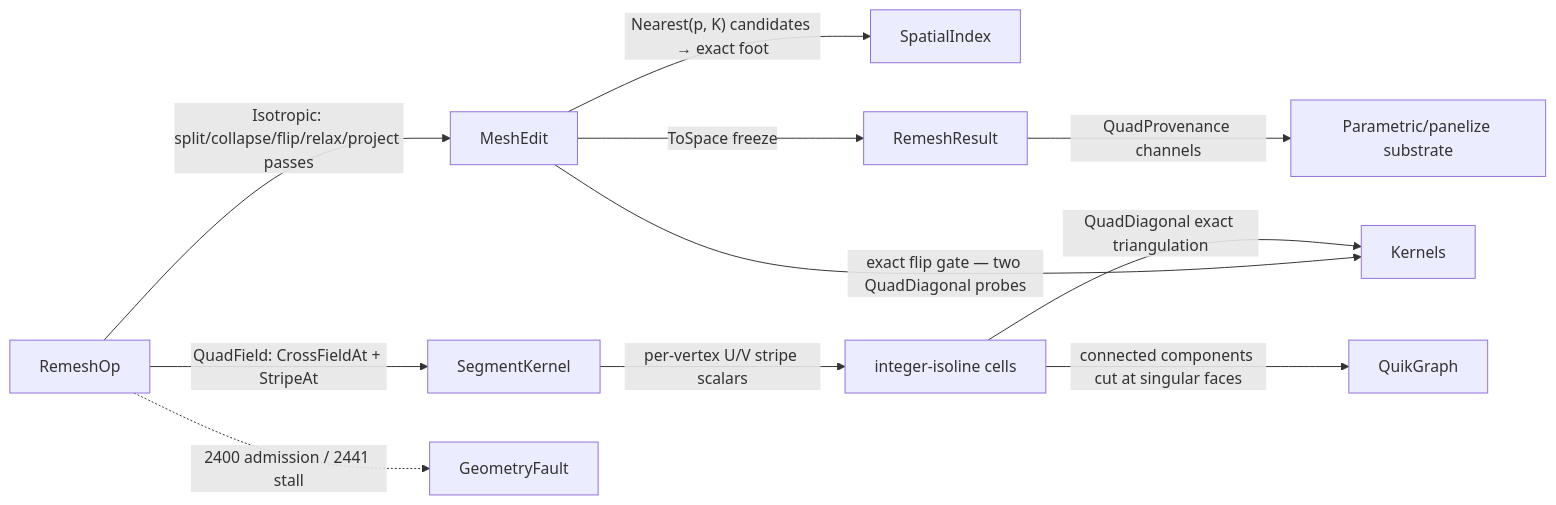
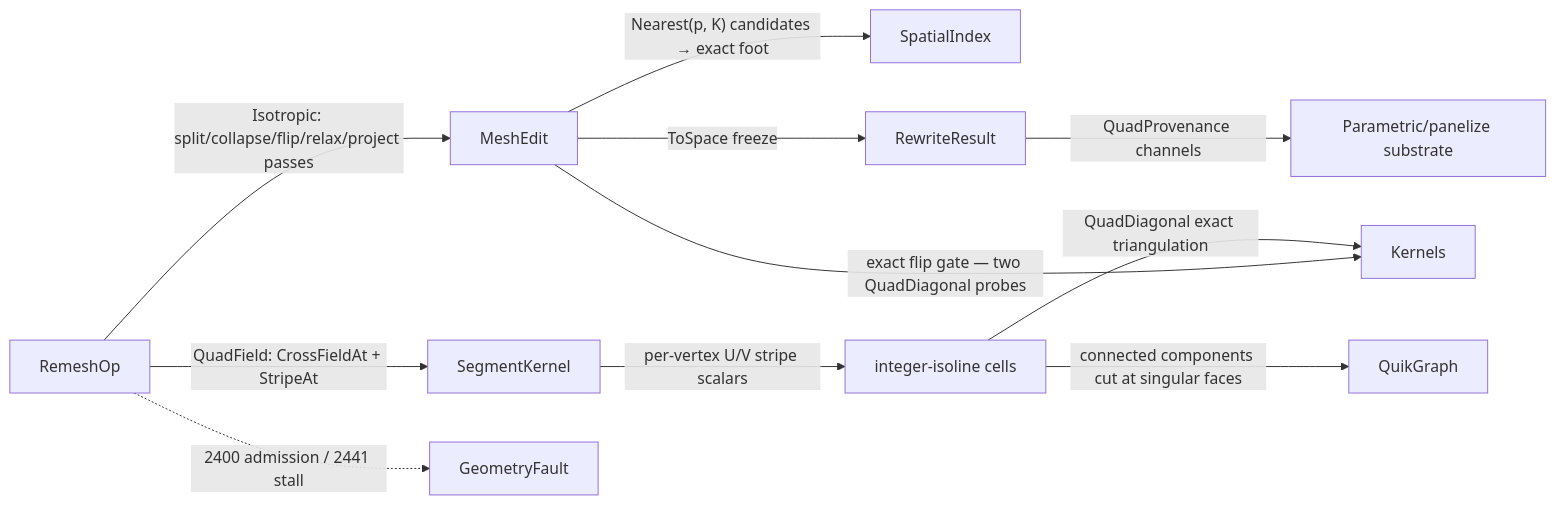
One commit to bsamiee/Rasm changed the diagram in libs/csharp/Rasm/.planning/Processing/remesh.md. Above: the diagram before and after it, drawn with Mermaid. The commit also changed other lines of this file and 85 other files, not shown here.

````diff
--- a/libs/csharp/Rasm/.planning/Processing/remesh.md
+++ b/libs/csharp/Rasm/.planning/Processing/remesh.md
@@ -547,13 +552,13 @@
 ```mermaid
 flowchart LR
     RemeshOp -->|Isotropic: split/collapse/flip/relax/project passes| MeshEdit
     MeshEdit -->|exact flip gate — two QuadDiagonal probes| Kernels
     MeshEdit -->|"Nearest(p, K) candidates → exact foot"| SpatialIndex
     RemeshOp -->|QuadField: CrossFieldAt + StripeAt| SegmentKernel
     SegmentKernel -->|per-vertex U/V stripe scalars| Extraction["integer-isoline cells"]
     Extraction -->|connected components cut at singular faces| QuikGraph
     Extraction -->|QuadDiagonal exact triangulation| Kernels
-    MeshEdit -->|ToSpace freeze| RemeshResult
-    RemeshResult -->|QuadProvenance channels| Panelize["Parametric/panelize substrate"]
+    MeshEdit -->|ToSpace freeze| RewriteResult
+    RewriteResult -->|QuadProvenance channels| Panelize["Parametric/panelize substrate"]
     RemeshOp -.->|2400 admission / 2441 stall| GeometryFault
 ```
````
